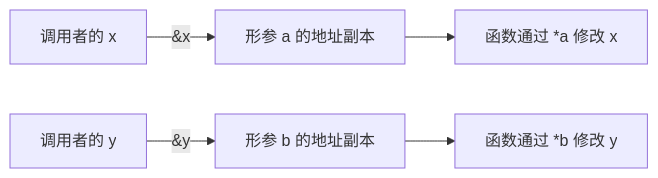
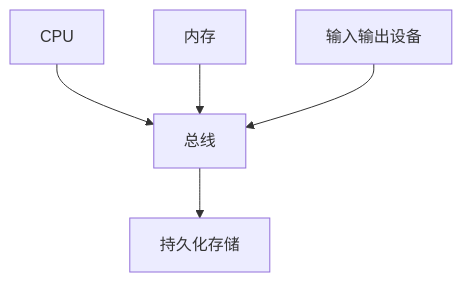
Before and after one commit to shanchuann/TheGitbookLibrary: the second of 6 diagrams in C语言圣经/pointers.md, drawn with Mermaid. The commit also changed other lines of this file and 4 other files, not shown here.

````diff
--- a/C语言圣经/pointers.md
+++ b/C语言圣经/pointers.md
@@ -206,7 +23,7 @@
 ```mermaid
-flowchart LR
-    A[调用者的 x] -->|&x| B[形参 a 的地址副本]
-    C[调用者的 y] -->|&y| D[形参 b 的地址副本]
-    B --> E[函数通过 *a 修改 x]
-    D --> F[函数通过 *b 修改 y]
+flowchart TD
+    CPU[CPU] --> BUS[总线]
+    RAM[内存] --> BUS
+    IO[输入输出设备] --> BUS
+    BUS --> STORAGE[持久化存储]
 ```
````
